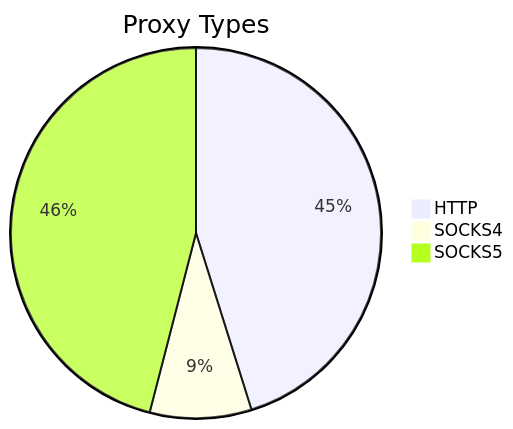
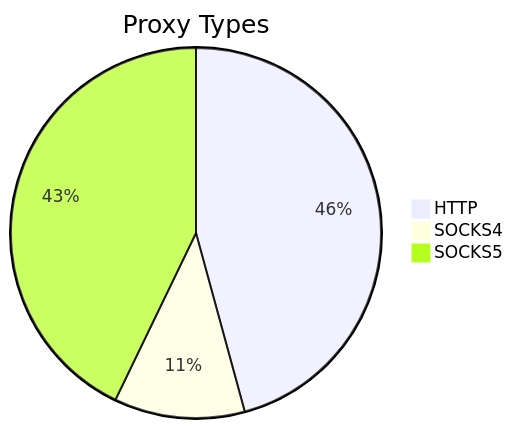
Before and after one commit to stormsia/proxy-list: the first of 2 diagrams in README.md, drawn with Mermaid. The commit also changed other lines of this file, not shown here.

````diff
--- a/README.md
+++ b/README.md
@@ -21,6 +21,6 @@
 ```mermaid
 pie title Proxy Types
-    "HTTP" : 275
-    "SOCKS4" : 54
-    "SOCKS5" : 280
+    "HTTP" : 345
+    "SOCKS4" : 86
+    "SOCKS5" : 323
 ```
````
